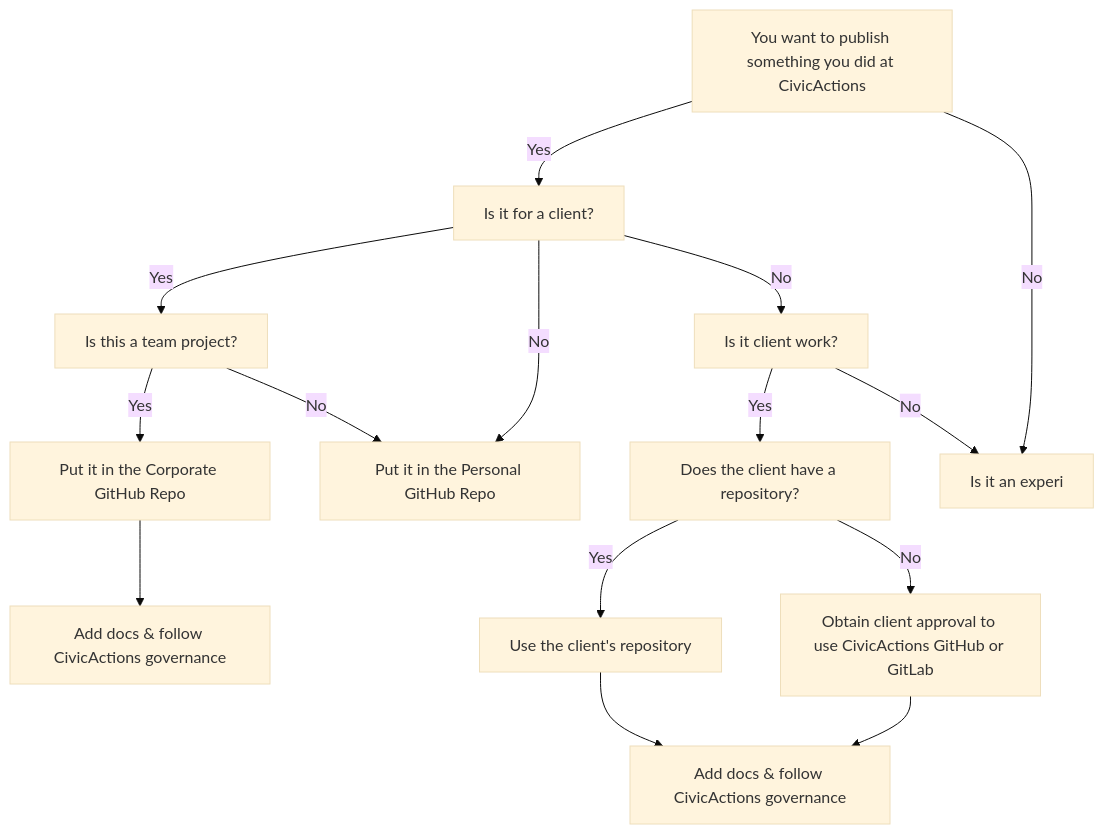
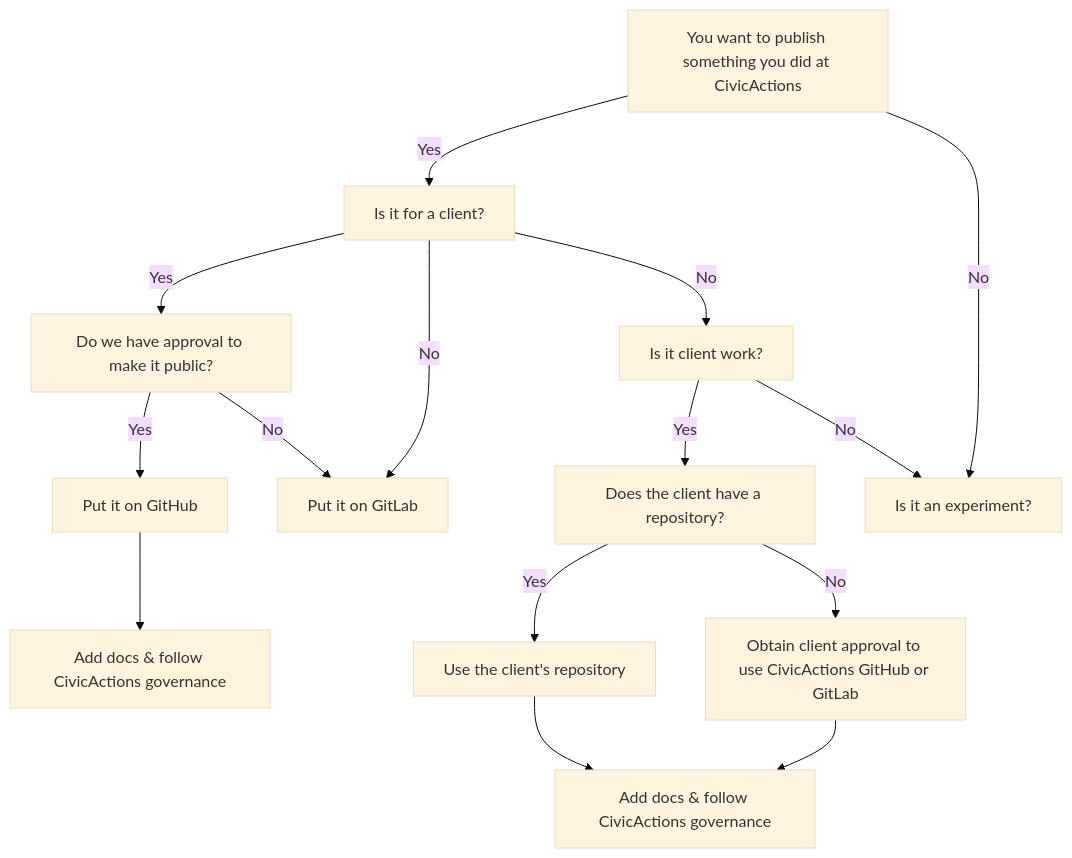
Before and after one commit to CivicActions/open-practice: the fifth of 5 diagrams in draft/code-management-guidance.md, drawn with Mermaid (base theme).

Commit message:
Update code-management-guidance.md
Updating mermaid

````diff
--- a/draft/code-management-guidance.md
+++ b/draft/code-management-guidance.md
@@ -163,23 +163,23 @@
 ```mermaid
 flowchart TD
     A[You want to publish something you did at CivicActions] -->|Yes| B[Is it for a client?]
-    A -->|No| D[Is it an experi]
+    A -->|No| D[Is it an experiment?]
 
-    B -->|Yes| C[Is this a team project?]
+    B -->|Yes| C[Do we have approval to make it public?]
     B -->|No| E[Put it in the Personal GitHub Repo]
 
-    C -->|Yes| F[Put it in the Corporate GitHub Repo]
-    C -->|No| E
+    C -->|Yes| F[Put it on GitHub]
+    C -->|No| E[Put it on GitLab]
 
     F --> G[Add docs & follow CivicActions governance]
 
     B -->|No| H[Is it client work?]
     H -->|Yes| I[Does the client have a repository?]
     I -->|Yes| J[Use the client's repository]
     I -->|No| K[Obtain client approval to use CivicActions GitHub or GitLab]
 
     H -->|No| D
 
     J --> L[Add docs & follow CivicActions governance]
     K --> L
 ```
````
